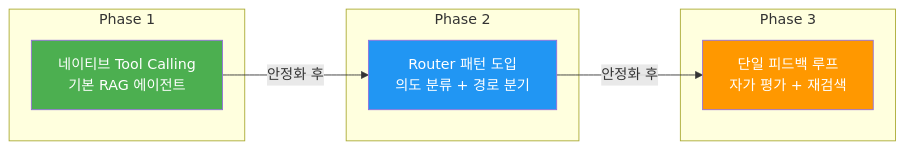
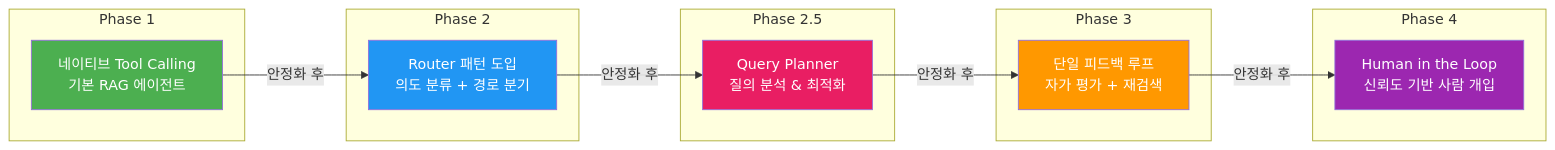
Before and after one commit to laurus-kpa007/agentic-rag-bot: the first of 2 diagrams in docs/strategy.md, drawn with Mermaid. The commit also changed other lines of this file and 4 other files, not shown here.

First line of the commit message:
docs: Query Planner(Phase 2.5)와 Human in the Loop(Phase 4) 설계 추가

````diff
--- a/docs/strategy.md
+++ b/docs/strategy.md
@@ -35,18 +35,26 @@
 ```mermaid
 graph LR
     subgraph "Phase 1"
         A["네이티브 Tool Calling<br/>기본 RAG 에이전트"]
     end
     subgraph "Phase 2"
         B["Router 패턴 도입<br/>의도 분류 + 경로 분기"]
     end
+    subgraph "Phase 2.5"
+        B5["Query Planner<br/>질의 분석 & 최적화"]
+    end
     subgraph "Phase 3"
         C["단일 피드백 루프<br/>자가 평가 + 재검색"]
     end
+    subgraph "Phase 4"
+        D["Human in the Loop<br/>신뢰도 기반 사람 개입"]
+    end
 
-    A -->|"안정화 후"| B -->|"안정화 후"| C
+    A -->|"안정화 후"| B -->|"안정화 후"| B5 -->|"안정화 후"| C -->|"안정화 후"| D
 
     style A fill:#4CAF50,color:#fff
     style B fill:#2196F3,color:#fff
+    style B5 fill:#E91E63,color:#fff
     style C fill:#FF9800,color:#fff
+    style D fill:#9C27B0,color:#fff
 ```
````
